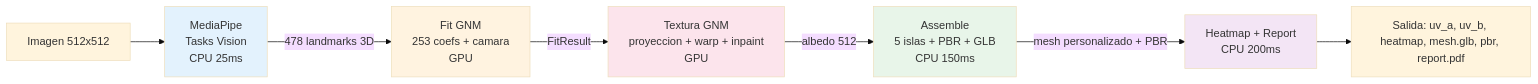
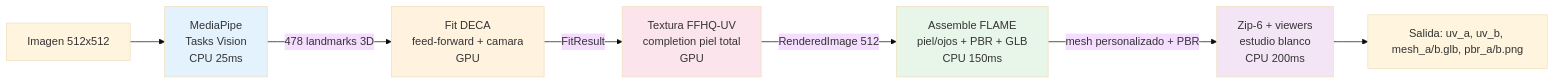
One commit to dinoesau/vultus changed the second of 4 diagrams in PIPELINE.md. Above: the diagram before and after it, drawn with Mermaid (base theme). The commit also changed other lines of this file and 6 other files, not shown here.

Commit message:
docs: FLAME render vocabulary, flow, setup and gates

````diff
--- a/PIPELINE.md
+++ b/PIPELINE.md
@@ -40,15 +41,15 @@
 ```mermaid
 graph LR
     I["Imagen 512x512"] --> M["MediaPipe<br/>Tasks Vision<br/>CPU 25ms"]
-    M -->|"478 landmarks 3D"| F["Fit GNM<br/>253 coefs + camara<br/>GPU"]
-    F -->|"FitResult"| U["Textura GNM<br/>proyeccion + warp + inpaint<br/>GPU"]
-    U -->|"albedo 512"| G["Assemble<br/>5 islas + PBR + GLB<br/>CPU 150ms"]
-    G -->|"mesh personalizado + PBR"| H["Heatmap + Report<br/>CPU 200ms"]
-    H --> O["Salida: uv_a, uv_b, heatmap, mesh.glb, pbr, report.pdf"]
+    M -->|"478 landmarks 3D"| F["Fit DECA<br/>feed-forward + camara<br/>GPU"]
+    F -->|"FitResult"| U["Textura FFHQ-UV<br/>completion piel total<br/>GPU"]
+    U -->|"RenderedImage 512"| G["Assemble FLAME<br/>piel/ojos + PBR + GLB<br/>CPU 150ms"]
+    G -->|"mesh personalizado + PBR"| H["Zip-6 + viewers<br/>estudio blanco<br/>CPU 200ms"]
+    H --> O["Salida: uv_a, uv_b, mesh_a/b.glb, pbr_a/b.png"]
 
     style M fill:#e3f2fd
     style F fill:#fff3e0
     style U fill:#fce4ec
     style G fill:#e8f5e9
     style H fill:#f3e5f5
 ```
````
